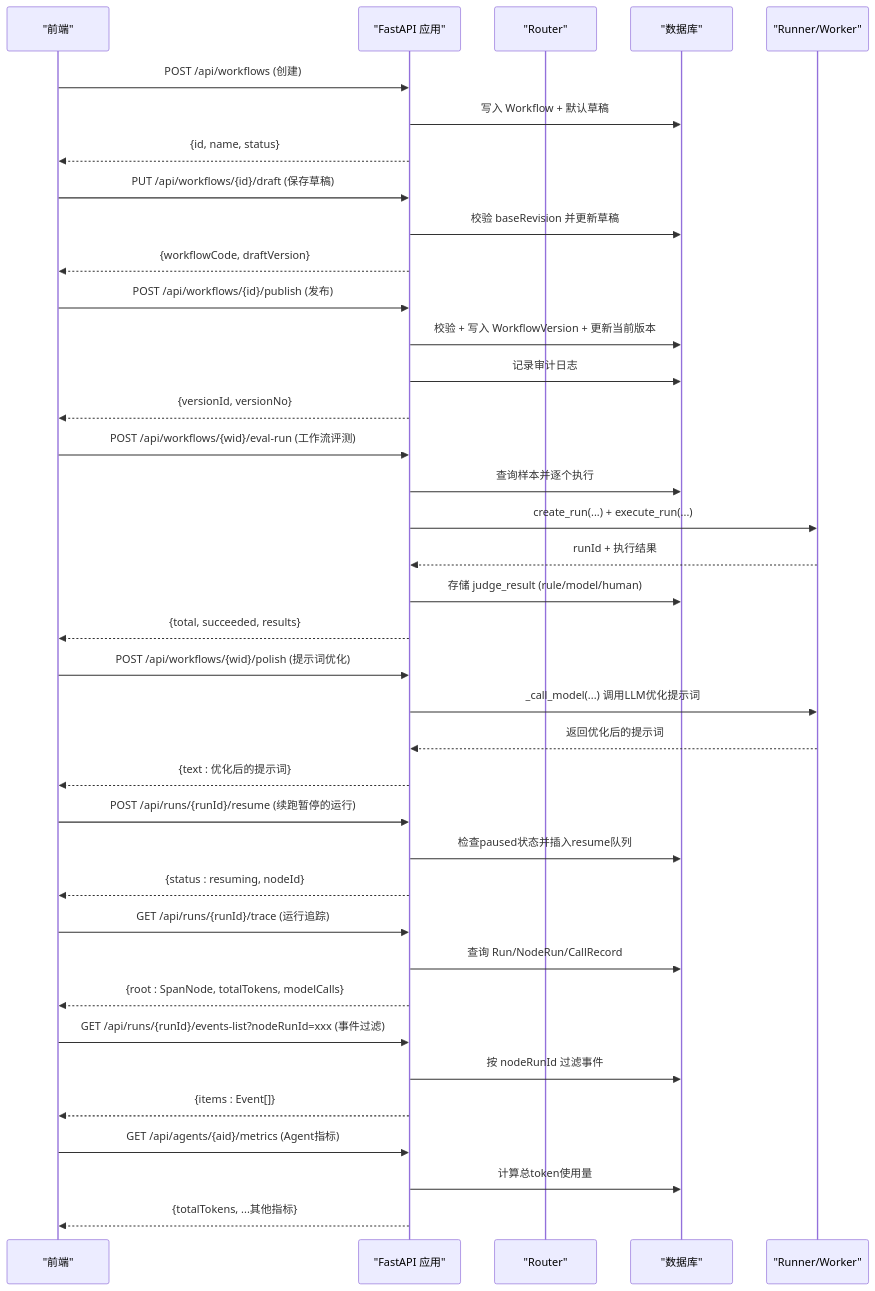
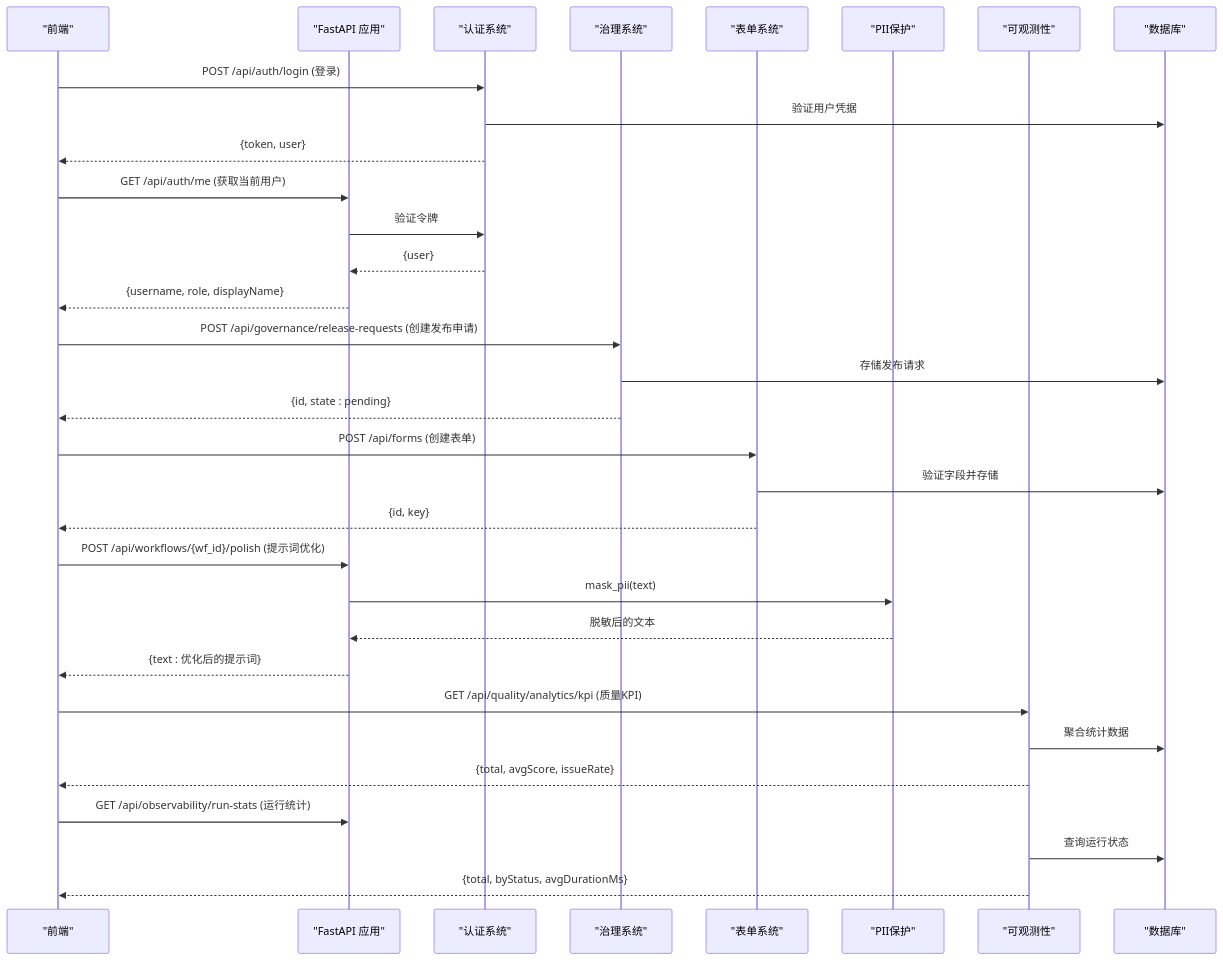
One commit to huiliuxu780/MoreThanCorn changed the first of 3 diagrams in .qoder/repowiki/zh/content/后端架构与 API.md. Above: the diagram before and after it, drawn with Mermaid. The commit also changed other lines of this file and 154 other files, not shown here.

First line of the commit message:
fix(闭环P1): 详情页businessFacts默认值+follow_latest RuleSet作用域+DataAsset recordIdField可写/safe_ident引号

````diff
--- a/.qoder/repowiki/zh/content/后端架构与 API.md
+++ b/.qoder/repowiki/zh/content/后端架构与 API.md
@@ -55,40 +69,34 @@
 ```mermaid
 sequenceDiagram
 participant FE as "前端"
 participant API as "FastAPI 应用"
-participant R as "Router"
+participant Auth as "认证系统"
+participant Gov as "治理系统"
+participant Form as "表单系统"
+participant PII as "PII保护"
+participant Obs as "可观测性"
 participant DB as "数据库"
-participant W as "Runner/Worker"
-FE->>API : POST /api/workflows (创建)
-API->>DB : 写入 Workflow + 默认草稿
-API-->>FE : {id, name, status}
-FE->>API : PUT /api/workflows/{id}/draft (保存草稿)
-API->>DB : 校验 baseRevision 并更新草稿
-API-->>FE : {workflowCode, draftVersion}
-FE->>API : POST /api/workflows/{id}/publish (发布)
-API->>DB : 校验 + 写入 WorkflowVersion + 更新当前版本
-API->>DB : 记录审计日志
-API-->>FE : {versionId, versionNo}
-FE->>API : POST /api/workflows/{wid}/eval-run (工作流评测)
-API->>DB : 查询样本并逐个执行
-API->>W : create_run(...) + execute_run(...)
-W-->>API : runId + 执行结果
-API->>DB : 存储 judge_result (rule/model/human)
-API-->>FE : {total, succeeded, results}
-FE->>API : POST /api/workflows/{wid}/polish (提示词优化)
-API->>W : _call_model(...) 调用LLM优化提示词
-W-->>API : 返回优化后的提示词
+FE->>Auth : POST /api/auth/login (登录)
+Auth->>DB : 验证用户凭据
+Auth-->>FE : {token, user}
+FE->>API : GET /api/auth/me (获取当前用户)
+API->>Auth : 验证令牌
+Auth-->>API : {user}
+API-->>FE : {username, role, displayName}
+FE->>Gov : POST /api/governance/release-requests (创建发布申请)
+Gov->>DB : 存储发布请求
+Gov-->>FE : {id, state : pending}
+FE->>Form : POST /api/forms (创建表单)
+Form->>DB : 验证字段并存储
+Form-->>FE : {id, key}
+FE->>API : POST /api/workflows/{wf_id}/polish (提示词优化)
+API->>PII : mask_pii(text)
+PII-->>API : 脱敏后的文本
 API-->>FE : {text : 优化后的提示词}
-FE->>API : POST /api/runs/{runId}/resume (续跑暂停的运行)
-API->>DB : 检查paused状态并插入resume队列
-API-->>FE : {status : resuming, nodeId}
-FE->>API : GET /api/runs/{runId}/trace (运行追踪)
-API->>DB : 查询 Run/NodeRun/CallRecord
-API-->>FE : {root : SpanNode, totalTokens, modelCalls}
-FE->>API : GET /api/runs/{runId}/events-list?nodeRunId=xxx (事件过滤)
-API->>DB : 按 nodeRunId 过滤事件
-API-->>FE : {items : Event[]}
-FE->>API : GET /api/agents/{aid}/metrics (Agent指标)
-API->>DB : 计算总token使用量
-API-->>FE : {totalTokens, ...其他指标}
+FE->>Obs : GET /api/quality/analytics/kpi (质量KPI)
+Obs->>DB : 聚合统计数据
+Obs-->>FE : {total, avgScore, issueRate}
+FE->>API : GET /api/observability/run-stats (运行统计)
+Obs->>DB : 查询运行状态
+Obs-->>FE : {total, byStatus, avgDurationMs}
 ```
````
